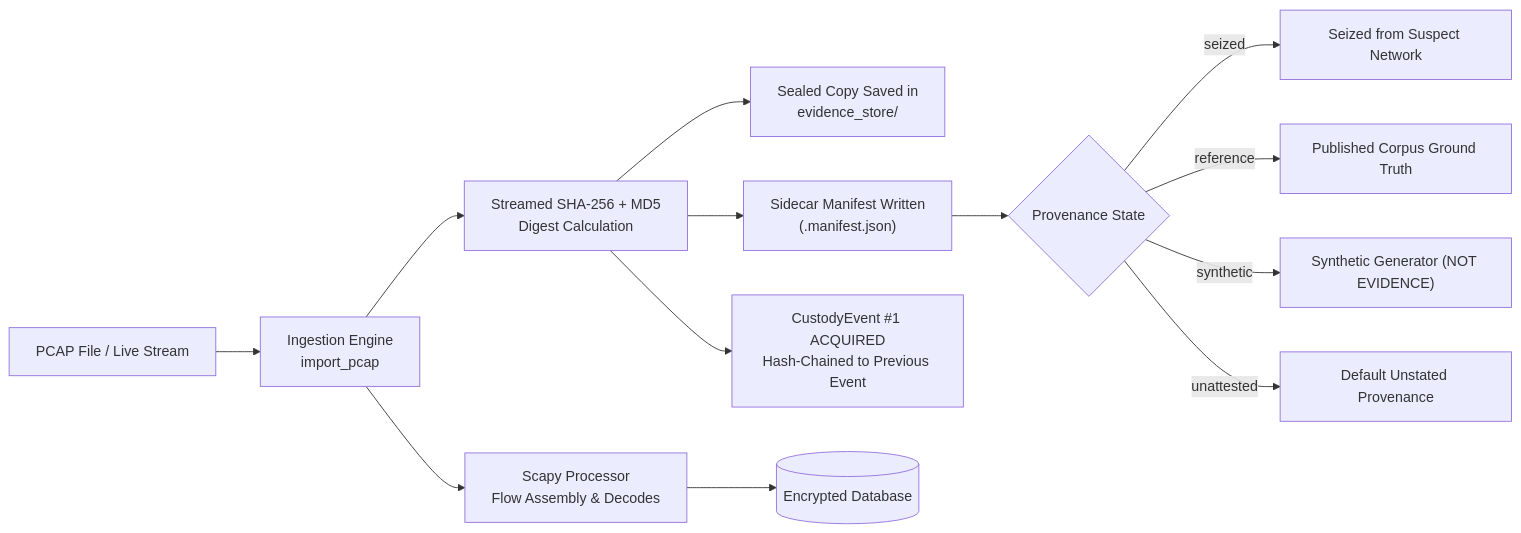
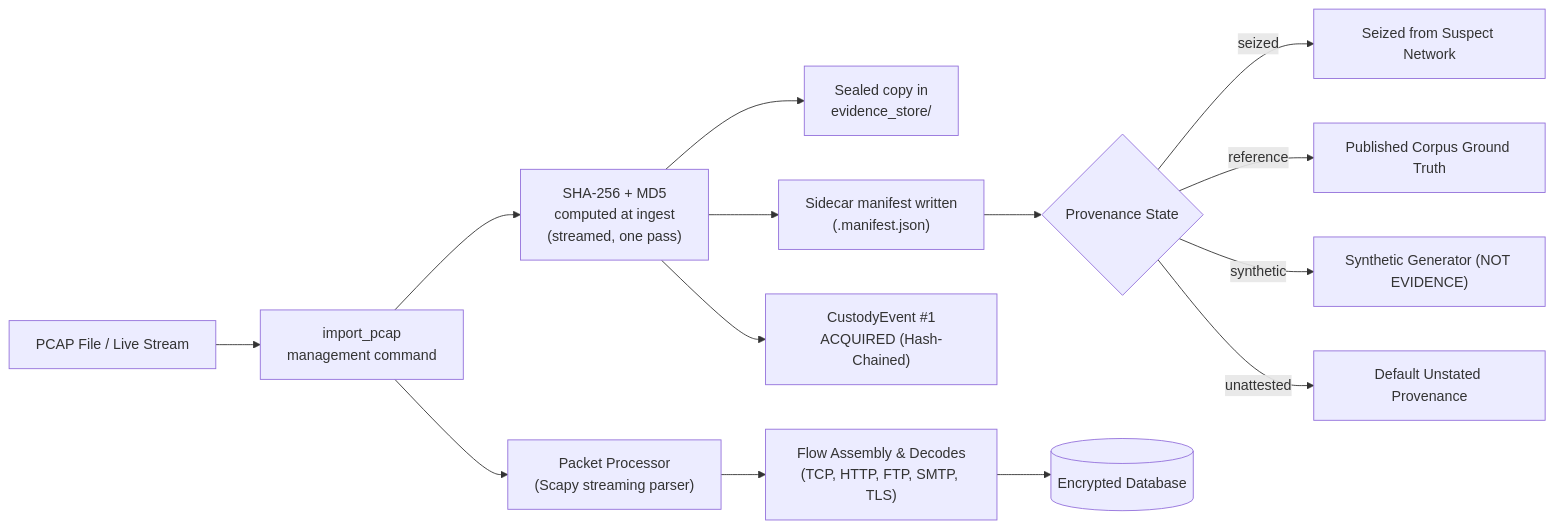
The third of 5 diagrams in README.md (MuhammedZuhayr/NetForensiq), drawn with Mermaid before and after one commit. The commit also changed other lines of this file and 2 other files, not shown here.

First line of the commit message:
docs: expand README to preserve complete forensic engineering depth and 5 mermaid diagrams

````diff
--- a/README.md
+++ b/README.md
@@ -129,15 +271,16 @@
 ```mermaid
 flowchart LR
-    A[PCAP File / Live Stream] --> B["Ingestion Engine<br/>import_pcap"]
-    B --> C["Streamed SHA-256 + MD5<br/>Digest Calculation"]
-    C --> D["Sealed Copy Saved in<br/>evidence_store/"]
-    C --> E["Sidecar Manifest Written<br/>(.manifest.json)"]
+    A[PCAP File / Live Stream] --> B["import_pcap<br/>management command"]
+    B --> C["SHA-256 + MD5<br/>computed at ingest<br/>(streamed, one pass)"]
+    C --> D["Sealed copy in<br/>evidence_store/"]
+    C --> E["Sidecar manifest written<br/>(.manifest.json)"]
     E --> F{"Provenance State"}
     F -->|seized| G1["Seized from Suspect Network"]
     F -->|reference| G2["Published Corpus Ground Truth"]
     F -->|synthetic| G3["Synthetic Generator (NOT EVIDENCE)"]
     F -->|unattested| G4["Default Unstated Provenance"]
-    C --> H["CustodyEvent #1 ACQUIRED<br/>Hash-Chained to Previous Event"]
-    B --> I["Scapy Processor<br/>Flow Assembly & Decodes"]
-    I --> J[(Encrypted Database)]
+    C --> H["CustodyEvent #1<br/>ACQUIRED (Hash-Chained)"]
+    B --> I["Packet Processor<br/>(Scapy streaming parser)"]
+    I --> J["Flow Assembly & Decodes<br/>(TCP, HTTP, FTP, SMTP, TLS)"]
+    J --> K[(Encrypted Database)]
 ```
````
